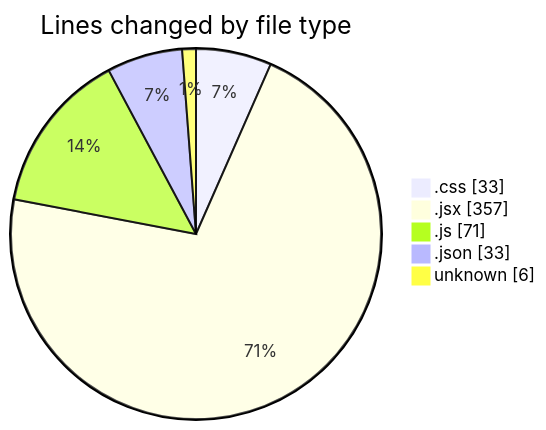
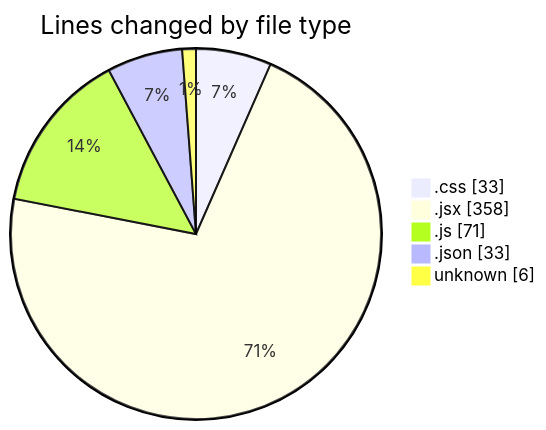
The first of 2 diagrams in 2025-02-14/elitegpt/README.md (Elitesun/code-tracking), drawn with Mermaid before and after one commit. The commit also changed other lines of this file and 1 other file, not shown here.

````diff
--- a/2025-02-14/elitegpt/README.md
+++ b/2025-02-14/elitegpt/README.md
@@ -32,9 +32,9 @@
 ```mermaid
 pie showData
 title Lines changed by file type
 ".css" : 33
-".jsx" : 357
+".jsx" : 358
 ".js" : 71
 ".json" : 33
 "unknown" : 6
 ```
````
